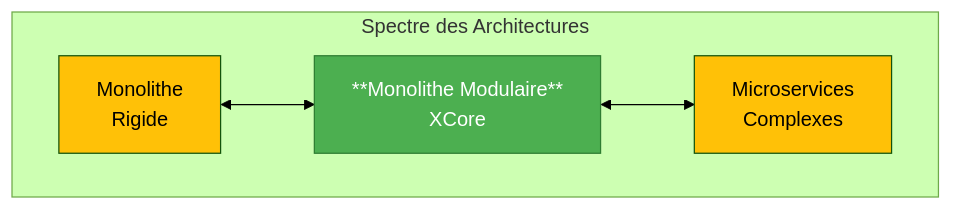
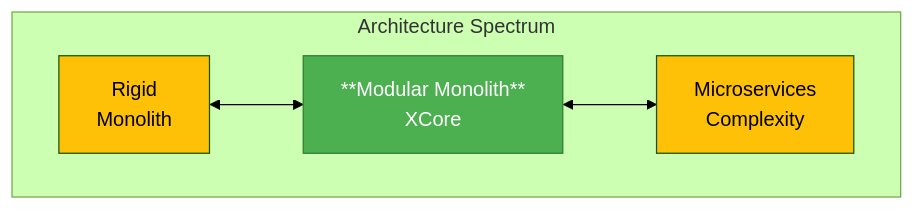
Before and after one commit to traoreera/xcore: the first of 3 diagrams in doc/index.md, drawn with Mermaid (forest theme). The commit also changed other lines of this file and 41 other files, not shown here.

````diff
--- a/doc/index.md
+++ b/doc/index.md
@@ -41,11 +41,10 @@
 ```mermaid
 flowchart LR
-    subgraph Traduction["Spectre des Architectures"]
+    subgraph Spectrum["Architecture Spectrum"]
         direction LR
-        M[Monolithe<br/>Rigide] <--> MM[**Monolithe Modulaire**<br/>XCore] <--> MS[Microservices<br/>Complexes]
+        M[Rigid<br/>Monolith] <--> MM[**Modular Monolith**<br/>XCore] <--> MS[Microservices<br/>Complexity]
     end
-
     style MM fill:#4CAF50,color:#fff,stroke:#2E7D32
     style M fill:#FFC107,color:#000
     style MS fill:#FFC107,color:#000
 ```
````
